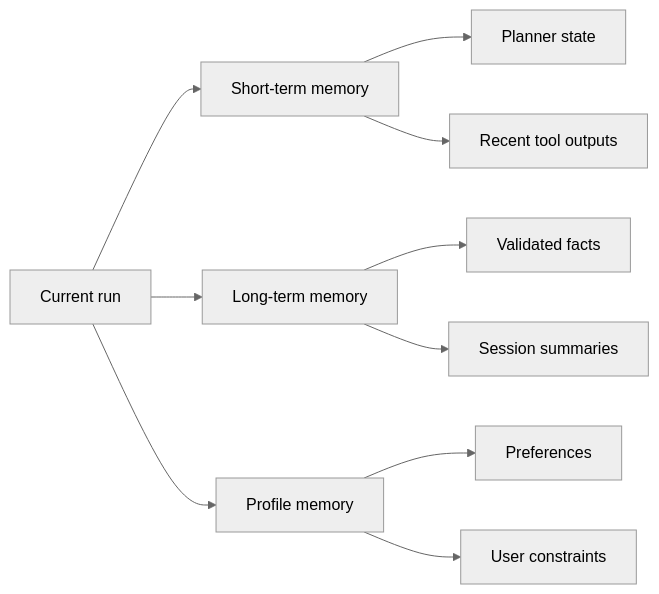
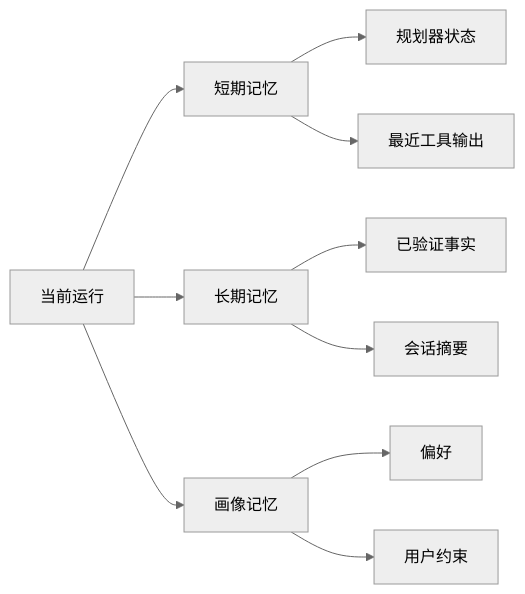
Before and after one commit to agent-axiom/agent-arch: the diagram in docs/book/part-iii/chapter-6.zh.md, drawn with Mermaid (neutral theme). The commit also changed other lines of this file, not shown here.

Commit message:
Polish Chinese chapter six memory taxonomy

````diff
--- a/docs/book/part-iii/chapter-6.zh.md
+++ b/docs/book/part-iii/chapter-6.zh.md
@@ -92,12 +92,12 @@
 ``` mermaid
 flowchart LR
-    A["Current run"] --> B["Short-term memory"]
-    A --> C["Long-term memory"]
-    A --> D["Profile memory"]
-    B --> E["Planner state"]
-    B --> F["Recent tool outputs"]
-    C --> G["Validated facts"]
-    C --> H["Session summaries"]
-    D --> I["Preferences"]
-    D --> J["User constraints"]
+    A["当前运行"] --> B["短期记忆"]
+    A --> C["长期记忆"]
+    A --> D["画像记忆"]
+    B --> E["规划器状态"]
+    B --> F["最近工具输出"]
+    C --> G["已验证事实"]
+    C --> H["会话摘要"]
+    D --> I["偏好"]
+    D --> J["用户约束"]
 ```
````
